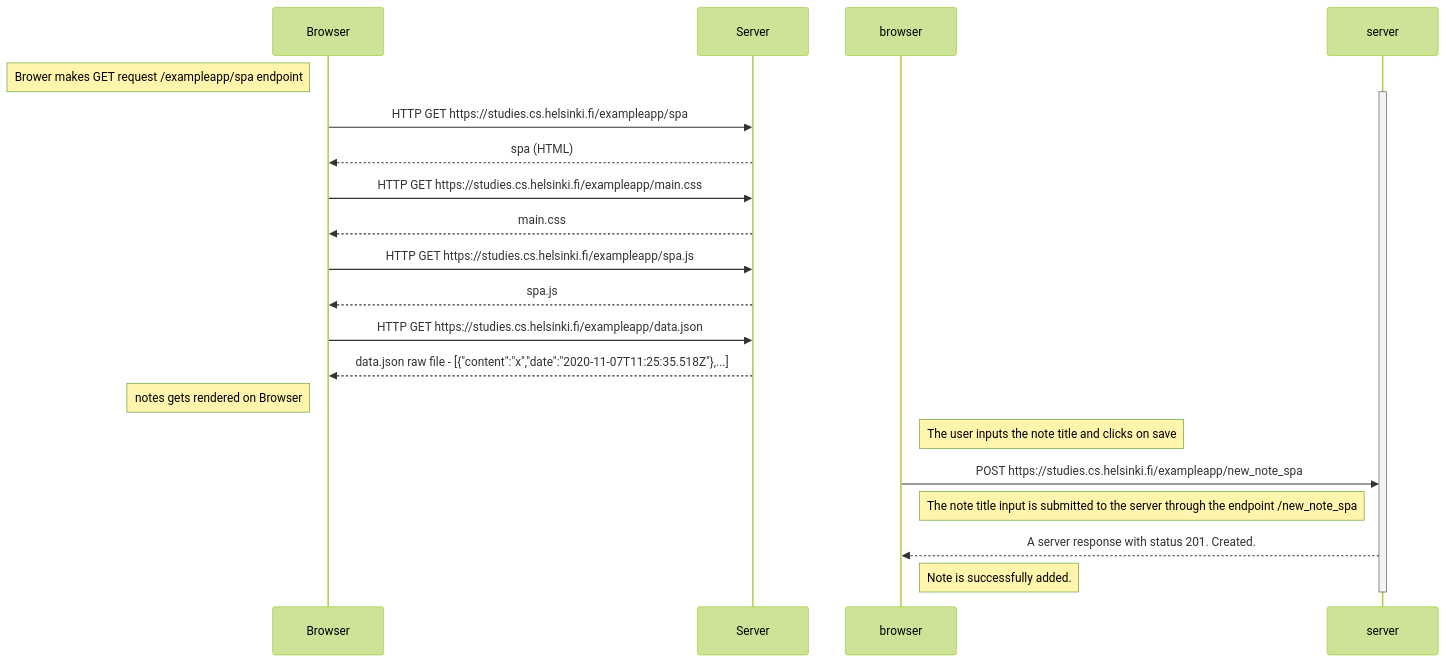
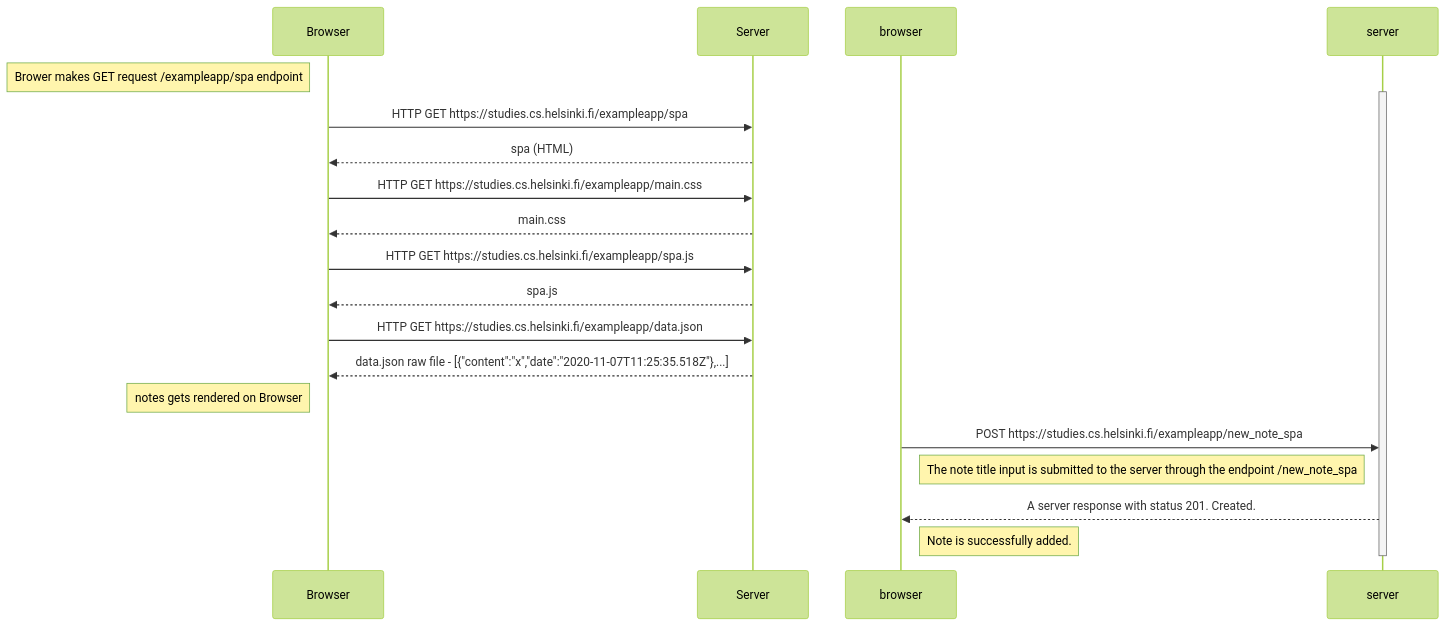
The diagram in part_0/exercise-05.md (Ifcodes/Full-Stack-Open-Ex), drawn with Mermaid (forest theme) before and after one commit.

Commit message:
exercise 04

````diff
--- a/part_0/exercise-05.md
+++ b/part_0/exercise-05.md
@@ -1,29 +1,28 @@
 ```mermaid
 sequenceDiagram
 participant Browser
 participant Server
 
 Note left of Browser: Brower makes GET request /exampleapp/spa endpoint
 activate server
 Browser->>Server: HTTP GET https://studies.cs.helsinki.fi/exampleapp/spa
 Server-->>Browser: spa (HTML)
 
 Browser->>Server: HTTP GET https://studies.cs.helsinki.fi/exampleapp/main.css
 Server-->>Browser: main.css
 
 Browser->>Server: HTTP GET https://studies.cs.helsinki.fi/exampleapp/spa.js
 Server-->>Browser: spa.js
 
 Browser->>Server: HTTP GET https://studies.cs.helsinki.fi/exampleapp/data.json
 Server-->>Browser: data.json raw file - [{"content":"x","date":"2020-11-07T11:25:35.518Z"},...]
 
 Note left of Browser: notes gets rendered on Browser
 
-Note right of browser: The user inputs the note title and clicks on save
-
 browser->>server: POST https://studies.cs.helsinki.fi/exampleapp/new_note_spa
 Note right of browser: The note title input is submitted to the server through the endpoint /new_note_spa
 server-->>browser: A server response with status 201. Created.
+
 Note right of browser: Note is successfully added.
 deactivate server
 ```
````
